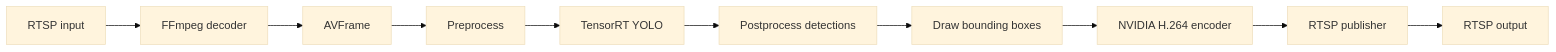
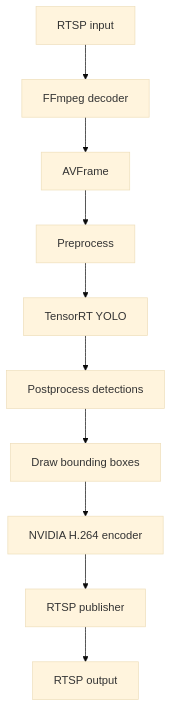
One commit to zraisan/argus changed the diagram in README.md. Above: the diagram before and after it, drawn with Mermaid (base theme). The commit also changed other lines of this file and 3 other files, not shown here.

````diff
--- a/README.md
+++ b/README.md
@@ -35,12 +35,12 @@
 ```mermaid
-flowchart LR
+flowchart TD
     input[RTSP input] --> decoder[FFmpeg decoder]
     decoder --> frame[AVFrame]
     frame --> preprocess[Preprocess]
     preprocess --> trt[TensorRT YOLO]
     trt --> postprocess[Postprocess detections]
     postprocess --> draw[Draw bounding boxes]
     draw --> encoder[NVIDIA H.264 encoder]
     encoder --> server[RTSP publisher]
     server --> output[RTSP output]
 ```
````
